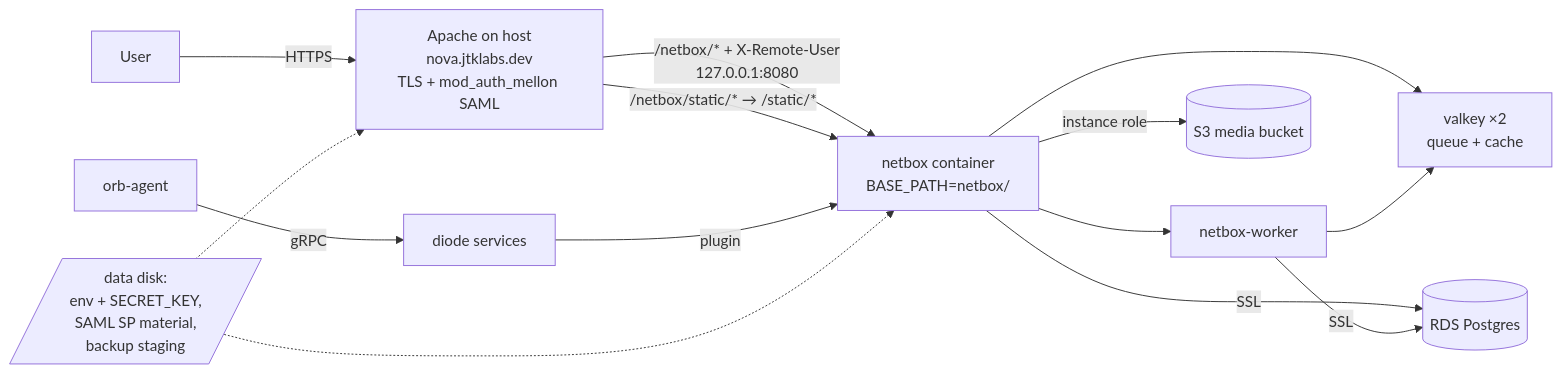
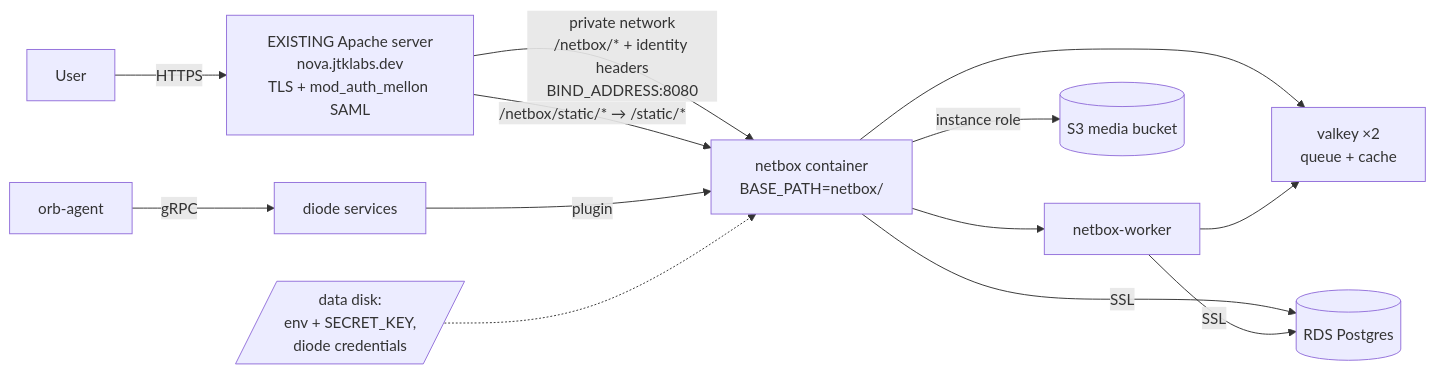
One commit to jtklabs/Netbox changed the diagram in PROJECT_PLAN.md. Above: the diagram before and after it, drawn with Mermaid. The commit also changed other lines of this file and 11 other files, not shown here.

````diff
--- a/PROJECT_PLAN.md
+++ b/PROJECT_PLAN.md
@@ -77,12 +80,12 @@
 ```mermaid
 flowchart LR
-    U[User] -->|HTTPS| A[Apache on host\nnova.jtklabs.dev\nTLS + mod_auth_mellon SAML]
-    A -->|/netbox/* + X-Remote-User\n127.0.0.1:8080| N[netbox container\nBASE_PATH=netbox/]
+    U[User] -->|HTTPS| A[EXISTING Apache server\nnova.jtklabs.dev\nTLS + mod_auth_mellon SAML]
+    A -->|private network\n/netbox/* + identity headers\nBIND_ADDRESS:8080| N[netbox container\nBASE_PATH=netbox/]
     A -->|/netbox/static/* → /static/*| N
     N --> W[netbox-worker]
     N & W --> V[valkey ×2\nqueue + cache]
     N & W -->|SSL| RDS[(RDS Postgres)]
     N -->|instance role| S3[(S3 media bucket)]
     O[orb-agent] -->|gRPC| D[diode services] -->|plugin| N
-    DD[/data disk:\nenv + SECRET_KEY,\nSAML SP material,\nbackup staging/] -.-> A & N
+    DD[/data disk:\nenv + SECRET_KEY,\ndiode credentials/] -.-> N
 ```
````
